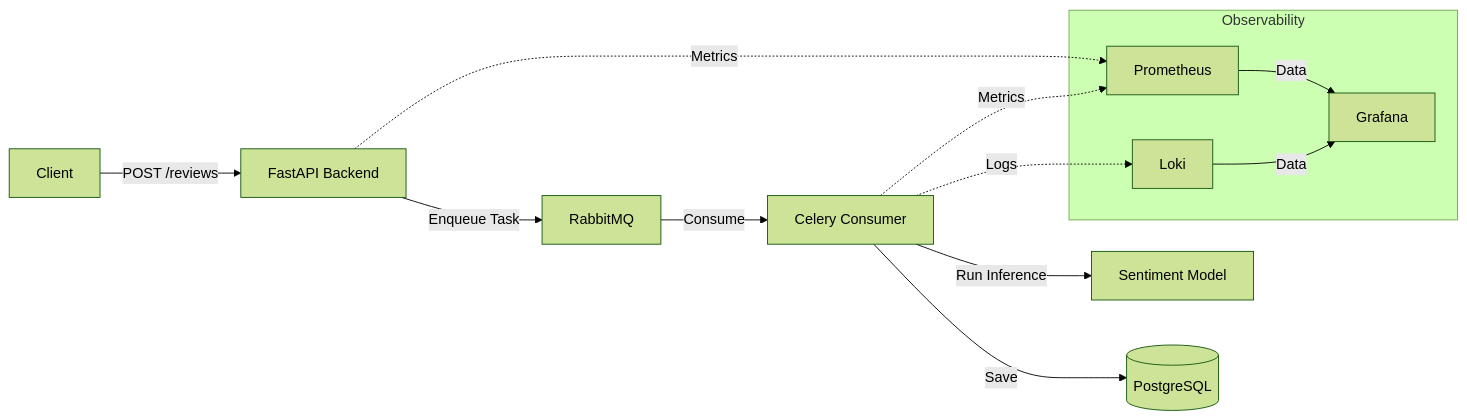
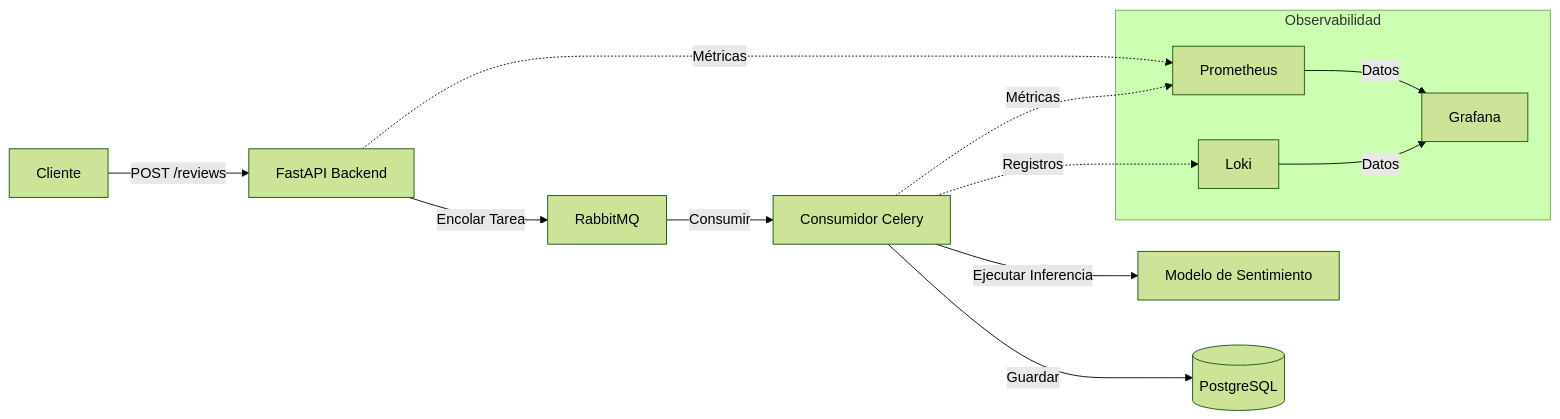
Before and after one commit to pmarangone/sentiment-analysis: the diagram in README.md, drawn with Mermaid (forest theme). The commit also changed other lines of this file, not shown here.

Commit message:
Autergon Coding Task 21985c5b-e36b-4a31-9b8f-309a13049a55

````diff
--- a/README.md
+++ b/README.md
@@ -20,19 +20,19 @@
 ```mermaid
 graph LR
-    User[Client] -->|POST /reviews| API[FastAPI Backend]
-    API -->|Enqueue Task| MQ[RabbitMQ]
-    MQ -->|Consume| Consumer[Celery Consumer]
-    Consumer -->|Run Inference| ML[Sentiment Model]
-    Consumer -->|Save| DB[(PostgreSQL)]
+    User[Cliente] -->|POST /reviews| API[FastAPI Backend]
+    API -->|Encolar Tarea| MQ[RabbitMQ]
+    MQ -->|Consumir| Consumer[Consumidor Celery]
+    Consumer -->|Ejecutar Inferencia| ML[Modelo de Sentimiento]
+    Consumer -->|Guardar| DB[(PostgreSQL)]
     
-    subgraph Observability
+    subgraph Observabilidad
         Prometheus
         Loki
         Grafana
     end
     
-    API -.->|Metrics| Prometheus
-    Consumer -.->|Metrics| Prometheus
-    Consumer -.->|Logs| Loki
-    Prometheus & Loki -->|Data| Grafana
+    API -.->|Métricas| Prometheus
+    Consumer -.->|Métricas| Prometheus
+    Consumer -.->|Registros| Loki
+    Prometheus & Loki -->|Datos| Grafana
 ```
````
